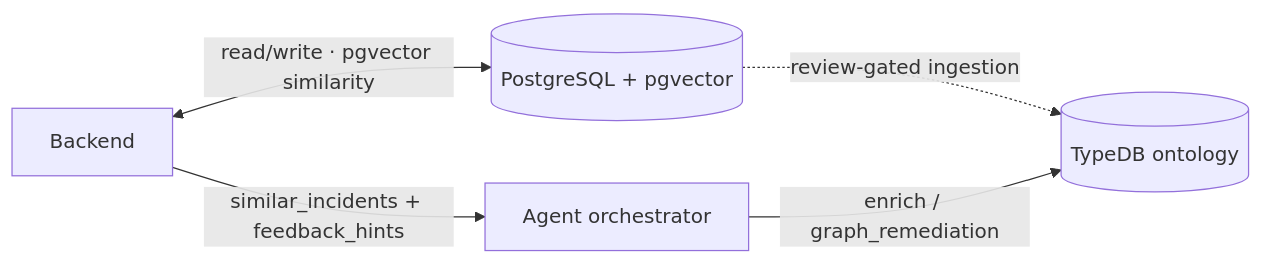
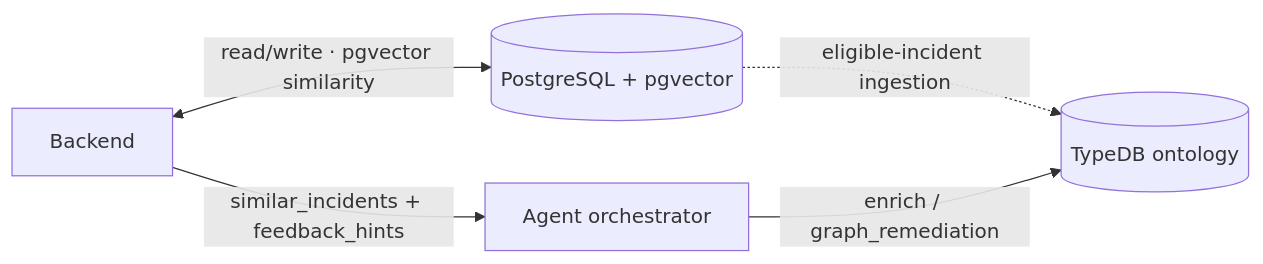
The diagram in docs/DATABASE.md (uclix-nvidia-sw/runaiRCA), drawn with Mermaid before and after one commit. The commit also changed other lines of this file and 66 other files, not shown here.

````diff
--- a/docs/DATABASE.md
+++ b/docs/DATABASE.md
@@ -17,7 +19,7 @@
 ```mermaid
 flowchart LR
   BE[Backend] <-->|"read/write · pgvector similarity"| PG[(PostgreSQL + pgvector)]
-  PG -.->|review-gated ingestion| TDB[(TypeDB ontology)]
+  PG -.->|eligible-incident ingestion| TDB[(TypeDB ontology)]
   BE -->|similar_incidents + feedback_hints| AG[Agent orchestrator]
   AG -->|"enrich / graph_remediation"| TDB
 ```
````
